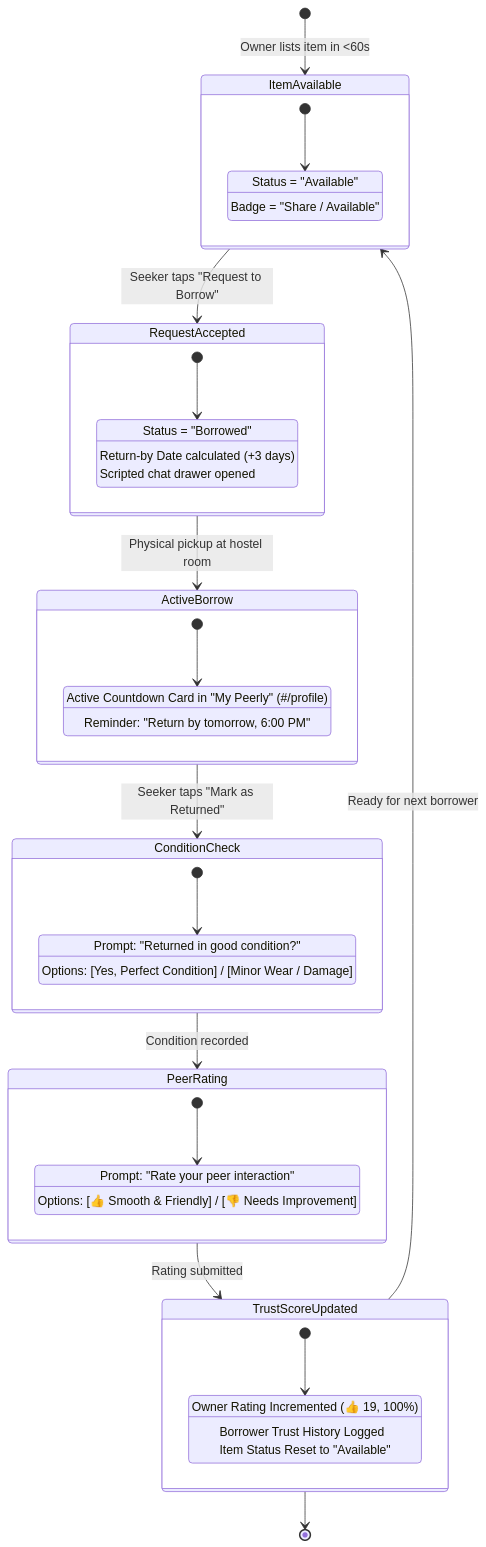
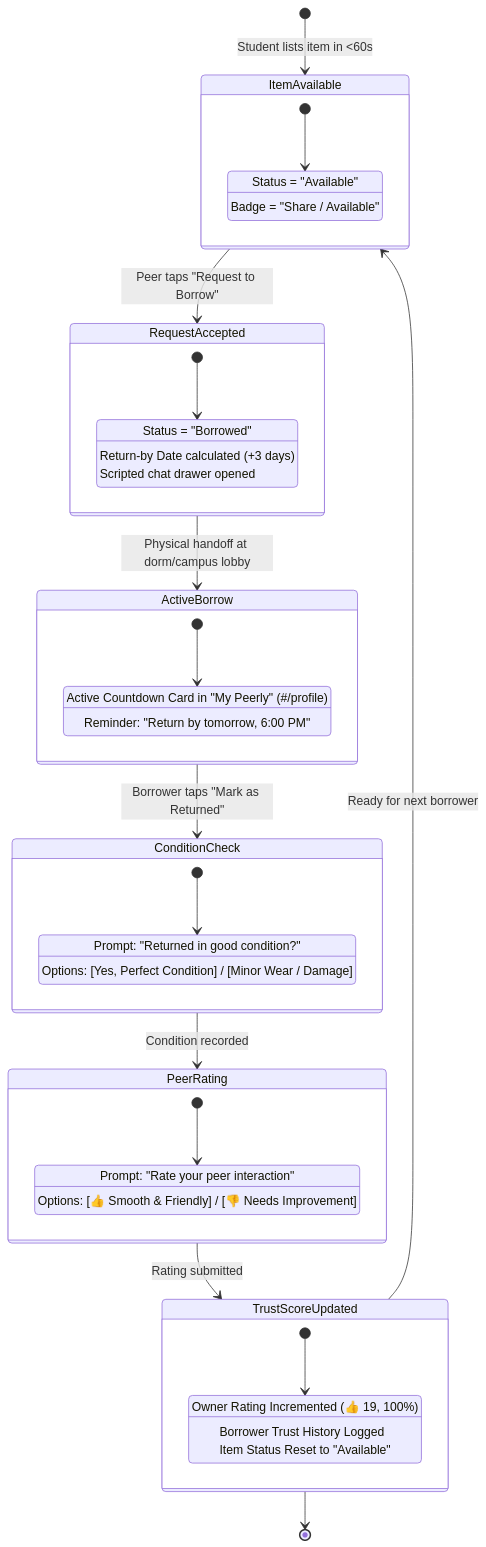
The fourth of 7 diagrams in README.md (pavitrapoojary/peerly), drawn with Mermaid before and after one commit. The commit also changed other lines of this file and 6 other files, not shown here.

````diff
--- a/README.md
+++ b/README.md
@@ -213,55 +215,55 @@
 ```mermaid
 stateDiagram-v2
-    [*] --> ItemAvailable : Owner lists item in <60s
+    [*] --> ItemAvailable : Student lists item in <60s
     
     state ItemAvailable {
         [*] --> FeedVisible
         FeedVisible : Status = "Available"
         FeedVisible : Badge = "Share / Available"
     }
 
-    ItemAvailable --> RequestAccepted : Seeker taps "Request to Borrow"
+    ItemAvailable --> RequestAccepted : Peer taps "Request to Borrow"
     
     state RequestAccepted {
         [*] --> SetReturnDate
         SetReturnDate : Status = "Borrowed"
         SetReturnDate : Return-by Date calculated (+3 days)
         SetReturnDate : Scripted chat drawer opened
     }
 
-    RequestAccepted --> ActiveBorrow : Physical pickup at hostel room
+    RequestAccepted --> ActiveBorrow : Physical handoff at dorm/campus lobby
     
     state ActiveBorrow {
         [*] --> ActiveTimer
         ActiveTimer : Active Countdown Card in "My Peerly" (#/profile)
         ActiveTimer : Reminder: "Return by tomorrow, 6:00 PM"
     }
 
-    ActiveBorrow --> ConditionCheck : Seeker taps "Mark as Returned"
+    ActiveBorrow --> ConditionCheck : Borrower taps "Mark as Returned"
     
     state ConditionCheck {
         [*] --> InspectItem
         InspectItem : Prompt: "Returned in good condition?"
         InspectItem : Options: [Yes, Perfect Condition] / [Minor Wear / Damage]
     }
 
     ConditionCheck --> PeerRating : Condition recorded
     
     state PeerRating {
         [*] --> RateExperience
         RateExperience : Prompt: "Rate your peer interaction"
         RateExperience : Options: [👍 Smooth & Friendly] / [👎 Needs Improvement]
     }
 
     PeerRating --> TrustScoreUpdated : Rating submitted
     
     state TrustScoreUpdated {
         [*] --> BumpScores
         BumpScores : Owner Rating Incremented (👍 19, 100%)
         BumpScores : Borrower Trust History Logged
         BumpScores : Item Status Reset to "Available"
     }
 
     TrustScoreUpdated --> ItemAvailable : Ready for next borrower
     TrustScoreUpdated --> [*]
 ```
````
